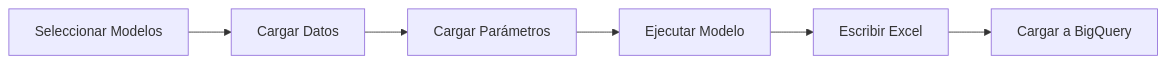
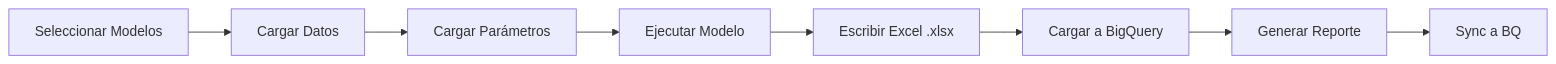
Before and after one commit to vmlandae/bfa-cl-modelos-diarios-v1: the diagram in docs/guia/uso-basico.md, drawn with Mermaid. The commit also changed other lines of this file and 9 other files, not shown here.

````diff
--- a/docs/guia/uso-basico.md
+++ b/docs/guia/uso-basico.md
@@ -39,8 +58,10 @@
 ```mermaid
 graph LR
     A[Seleccionar Modelos] --> B[Cargar Datos]
     B --> C[Cargar Parámetros]
     C --> D[Ejecutar Modelo]
-    D --> E[Escribir Excel]
+    D --> E[Escribir Excel .xlsx]
     E --> F[Cargar a BigQuery]
+    F --> G[Generar Reporte]
+    G --> H[Sync a BQ]
 ```
````
